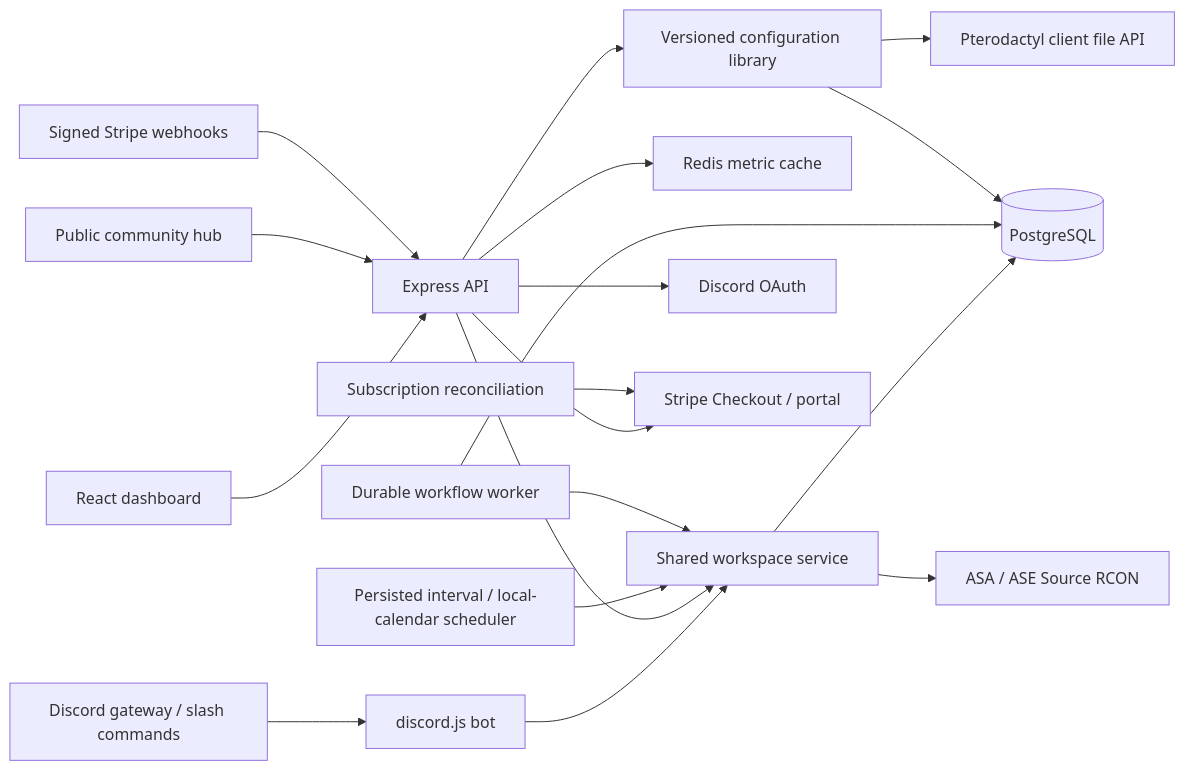
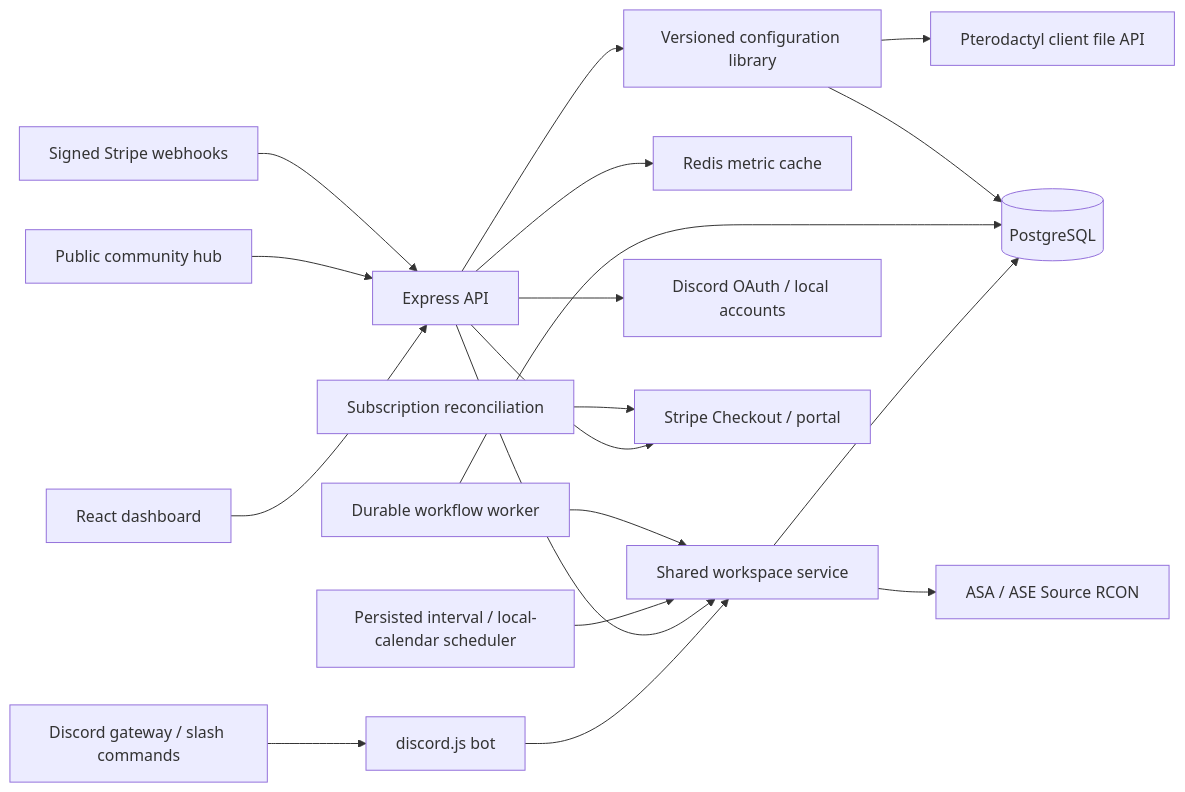
The diagram in docs/ARCHITECTURE.md (RepGraphics/rookrift), drawn with Mermaid before and after one commit. The commit also changed other lines of this file and 57 other files, not shown here.

````diff
--- a/docs/ARCHITECTURE.md
+++ b/docs/ARCHITECTURE.md
@@ -3,21 +3,21 @@
 ```mermaid
 flowchart LR
   Browser[React dashboard] --> API[Express API]
   Discord[Discord gateway / slash commands] --> Bot[discord.js bot]
   Bot --> Service[Shared workspace service]
   API --> Service
   Service --> DB[(PostgreSQL)]
   API --> Cache[Redis metric cache]
   Service --> RCON[ASA / ASE Source RCON]
   Scheduler[Persisted interval / local-calendar scheduler] --> Service
   WorkflowWorker[Durable workflow worker] --> Service
   WorkflowWorker --> DB
   API --> Config[Versioned configuration library]
   Config --> DB
   Config --> Panel[Pterodactyl client file API]
   Community[Public community hub] --> API
-  API --> OAuth[Discord OAuth]
+  API --> OAuth[Discord OAuth / local accounts]
   API --> Checkout[Stripe Checkout / portal]
   Stripe[Signed Stripe webhooks] --> API
   Reconcile[Subscription reconciliation] --> Checkout
 ```
````
